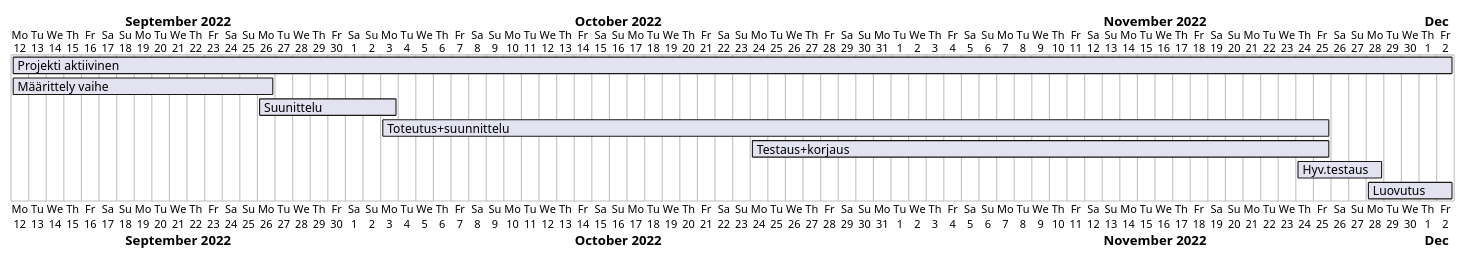
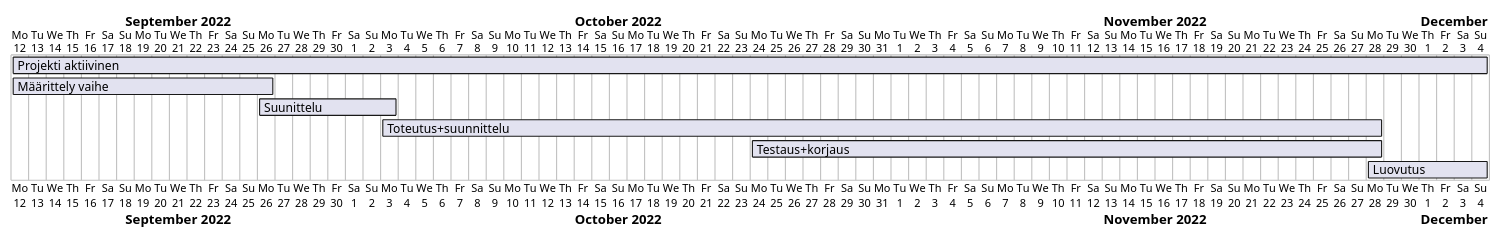
Before and after one commit to M11k4/DynamiittiOrava: the fourth of 4 diagrams in dokumentit/10-Projektihallinta/Projektisuunnitelma.md, drawn with PlantUML.

Commit message:
Update Projektisuunnitelma.md gantt keskeneränen

````diff
--- a/dokumentit/10-Projektihallinta/Projektisuunnitelma.md
+++ b/dokumentit/10-Projektihallinta/Projektisuunnitelma.md
@@ -198,12 +198,11 @@
 ```plantuml
 @startgantt
 Project starts 2022-9-12
-[Projekti aktiivinen] Starts 2022-9-12 and ends 2022-12-2
+[Projekti aktiivinen] Starts 2022-9-12 and ends 2022-12-4
 [Määrittely vaihe] Starts 2022-9-12 and ends 2022-9-26
 [Suunittelu] Starts 2022-9-26 and ends 2022-10-3
-[Toteutus+suunnittelu] Starts 2022-10-3 and ends 2022-11-25
-[Testaus+korjaus] Starts 2022-10-24 and ends 2022-11-25
-[Hyv.testaus] Starts 2022-11-24 and ends 2022-11-28
-[Luovutus] Starts 2022-11-28 and ends 2022-12-2
+[Toteutus+suunnittelu] Starts 2022-10-3 and ends 2022-11-28
+[Testaus+korjaus] Starts 2022-10-24 and ends 2022-11-28
+[Luovutus] Starts 2022-11-28 and ends 2022-12-4
 @endgantt
 ```
````
